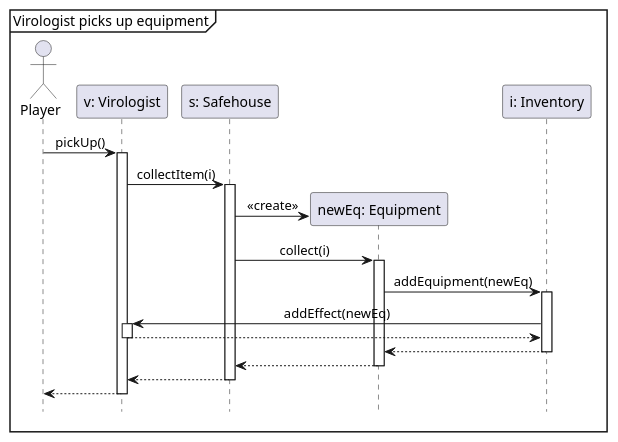
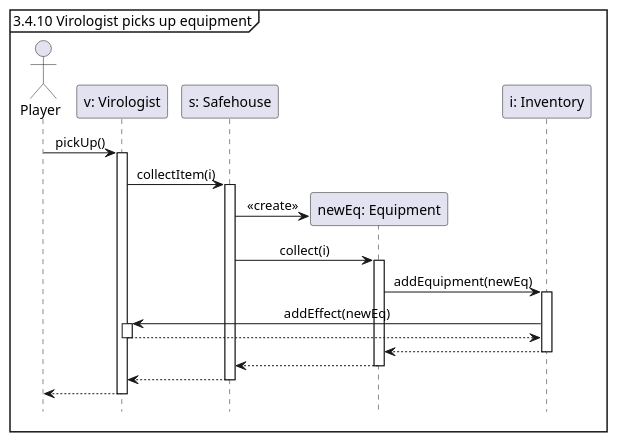
One commit to Tschonti/503-service-unavailable changed the diagram in docs/seqDiagrams/10_1pickUpEquipment.puml. Above: the diagram before and after it, drawn with PlantUML. The commit also changed 5 other files, not shown here.

```diff
--- a/docs/seqDiagrams/10_1pickUpEquipment.puml
+++ b/docs/seqDiagrams/10_1pickUpEquipment.puml
@@ -1,27 +1,27 @@
 @startuml
 'https://plantuml.com/sequence-diagram
 
 hide footbox
 skinparam sequenceMessageAlign center
 
-mainframe Virologist picks up equipment
+mainframe 3.4.10 Virologist picks up equipment
 
 actor Player as p
 participant "v: Virologist" as v
 participant "s: Safehouse" as s
 participant "newEq: Equipment" as newEq
 participant "i: Inventory" as i
 
 p -> v ++ : pickUp()
     v -> s ++ : collectItem(i)
         s -> newEq ** : <<create>>
         s -> newEq ++ : collect(i)
             newEq -> i ++ : addEquipment(newEq)
                 i -> v ++ : addEffect(newEq)
                 return
             return
         return
     return
 return
 
 @enduml
```
